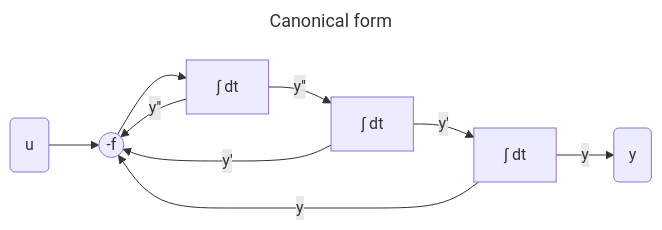
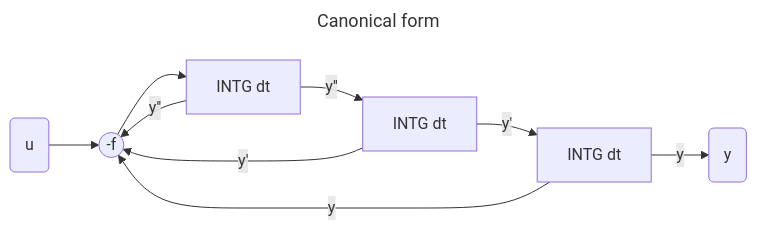
Before and after one commit to samo4/cheatsheet: the first of 5 diagrams in SIMULATIONS.md, drawn with Mermaid. The commit also changed other lines of this file and 4 other files, not shown here.

````diff
--- a/SIMULATIONS.md
+++ b/SIMULATIONS.md
@@ -79,14 +87,14 @@
 ```mermaid
 ---
 title: Canonical form
 ---
 graph LR
     U("u") --> F(("-f"))
-    F --> I1["∫ dt"]
-    I1 -->|"y''"| I2["∫ dt"]
-    I2 -->|"y'"| I3["∫ dt"]
+    F --> I1["INTG dt"]
+    I1 -->|"y''"| I2["INTG dt"]
+    I2 -->|"y'"| I3["INTG dt"]
     I3 -->|"y"| Y("y")
     I2 -->|"y'"| F
     I1 -->|"y''"| F
     I3 -->|"y"| F
 ```
````
